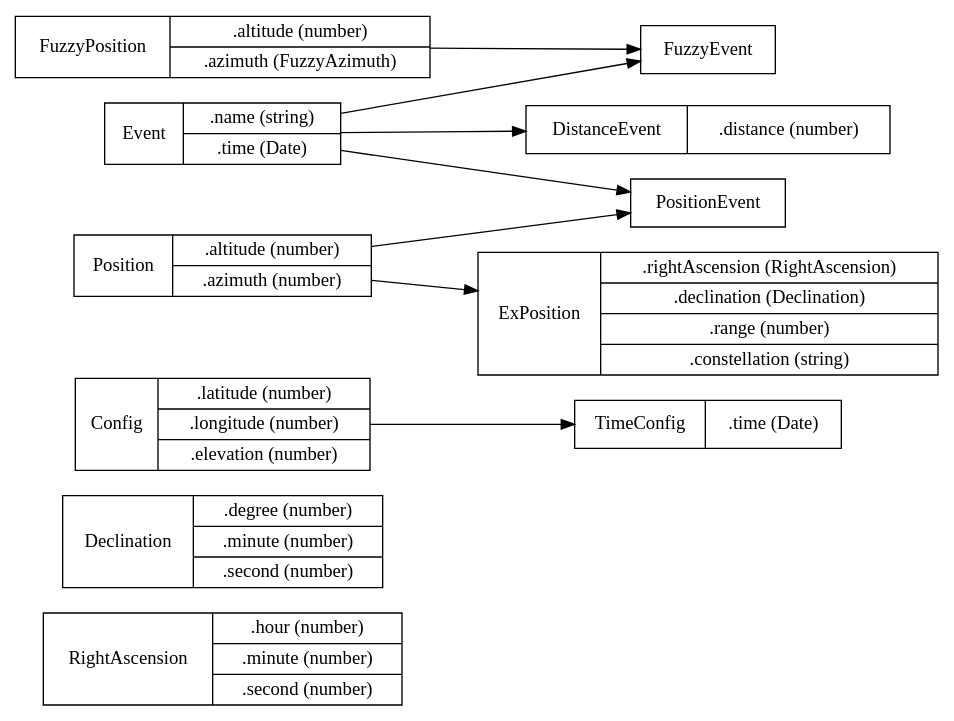
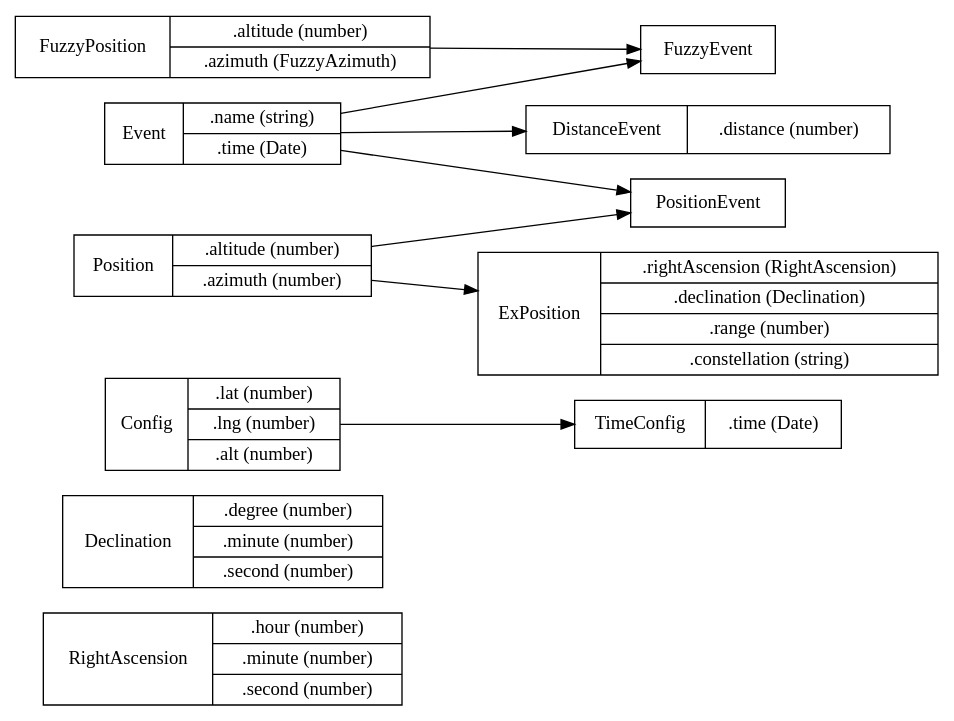
The diagram in docs/interface.dot (fossabot/heavens-above), drawn with Graphviz before and after one commit. The commit also changed 3 other files, not shown here.

```diff
--- a/docs/interface.dot
+++ b/docs/interface.dot
@@ -1,82 +1,82 @@
 digraph {
 	rankdir=LR
 	node[shape=record]
 
 	RightAscension[label="{
 		RightAscension |
 			{ .hour (number)
 			| .minute (number)
 			| .second (number)
 		}}"
 	]
 
 	Declination[label="{
 		Declination |
 			{ .degree (number)
 			| .minute (number)
 			| .second (number)
 		}}"
 	]
 
 	Config[label="{
 		Config |
-			{ .latitude (number)
-			| .longitude (number)
-			| .elevation (number)
+			{ .lat (number)
+			| .lng (number)
+			| .alt (number)
 		}}"
 	]
 
 	Config->TimeConfig
 	TimeConfig[label="{
 		TimeConfig |
 			{ .time (Date)
 		}}"
 	]
 
 	Event[label="{
 		Event |
 			{ .name (string)
 			| .time (Date)
 		}}"
 	]
 
 	Event->DistanceEvent
 	DistanceEvent[label="{
 		DistanceEvent |
 			{ .distance (number)
 		}}"
 	]
 
 	Position[label="{
 		Position |
 			{ .altitude (number)
 			| .azimuth (number)
 		}}"
 	]
 
 	Position->ExPosition
 	ExPosition[label="{
 		ExPosition |
 			{ .rightAscension (RightAscension)
 			| .declination (Declination)
 			| .range (number)
 			| .constellation (string)
 		}}"
 	]
 
 	Event->PositionEvent
 	Position->PositionEvent
 	PositionEvent[label="{PositionEvent}"]
 
 	FuzzyPosition[label="{
 		FuzzyPosition |
 			{ .altitude (number)
 			| .azimuth (FuzzyAzimuth)
 		}}"
 	]
 
 	Event->FuzzyEvent
 	FuzzyPosition->FuzzyEvent
 	FuzzyEvent[label="{FuzzyEvent}"]
 
 }
```
